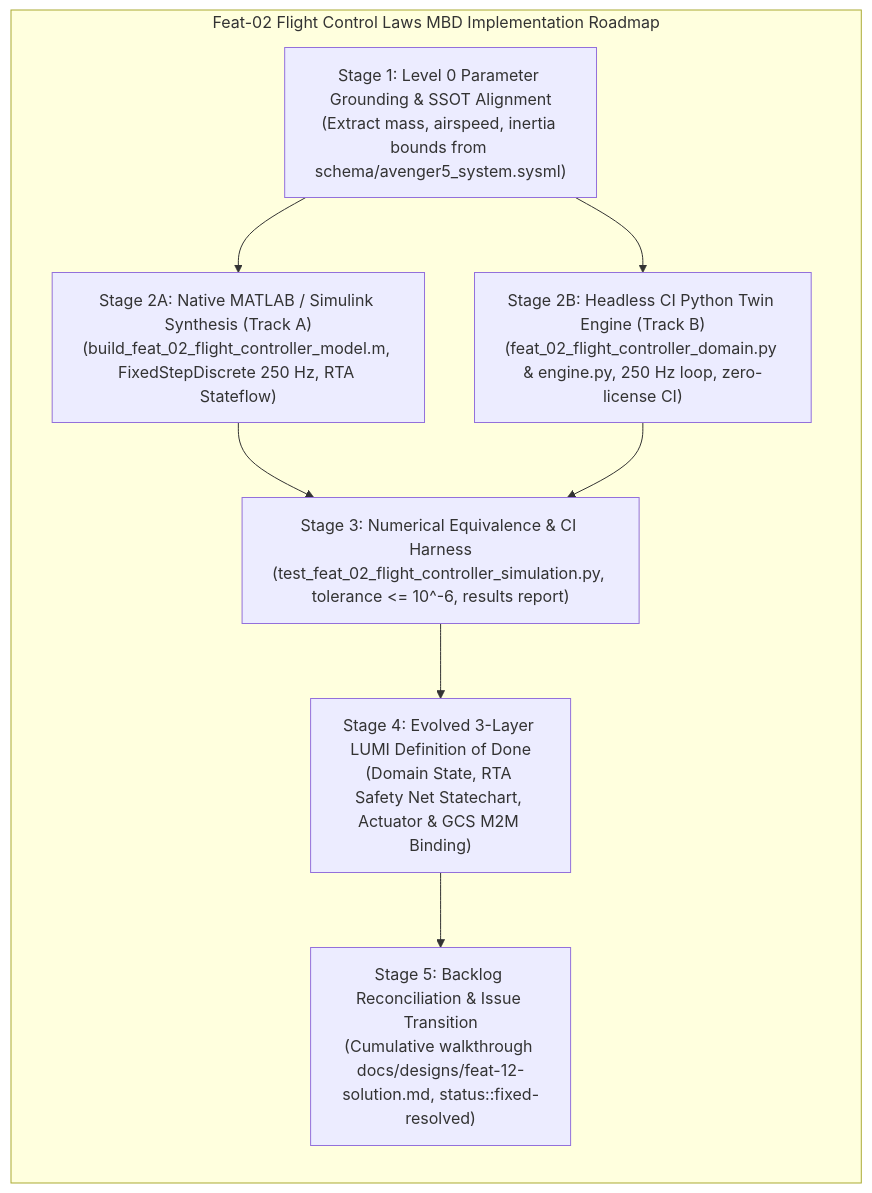
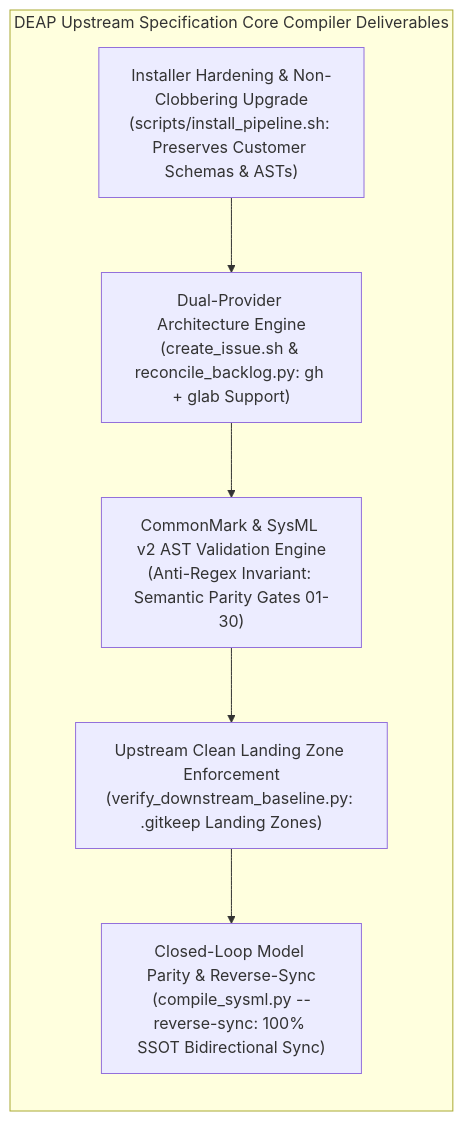
One commit to gintatkinson/DEAP01-spec-core changed the second of 2 diagrams in HANDOFF.md. Above: the diagram before and after it, drawn with Mermaid. The commit also changed other lines of this file and 3 other files, not shown here.

````diff
--- a/HANDOFF.md
+++ b/HANDOFF.md
@@ -195,18 +210,13 @@
 ```mermaid
 flowchart TD
-    subgraph Feat02_Roadmap ["Feat-02 Flight Control Laws MBD Implementation Roadmap"]
+    subgraph Compiler_Deliverables ["DEAP Upstream Specification Core Compiler Deliverables"]
         direction TB
-        S1["Stage 1: Level 0 Parameter Grounding & SSOT Alignment<br/>(Extract mass, airspeed, inertia bounds from schema/avenger5_system.sysml)"]
-        S2["Stage 2A: Native MATLAB / Simulink Synthesis (Track A)<br/>(build_feat_02_flight_controller_model.m, FixedStepDiscrete 250 Hz, RTA Stateflow)"]
-        S2B["Stage 2B: Headless CI Python Twin Engine (Track B)<br/>(feat_02_flight_controller_domain.py & engine.py, 250 Hz loop, zero-license CI)"]
-        S3["Stage 3: Numerical Equivalence & CI Harness<br/>(test_feat_02_flight_controller_simulation.py, tolerance <= 10^-6, results report)"]
-        S4["Stage 4: Evolved 3-Layer LUMI Definition of Done<br/>(Domain State, RTA Safety Net Statechart, Actuator & GCS M2M Binding)"]
-        S5["Stage 5: Backlog Reconciliation & Issue Transition<br/>(Cumulative walkthrough docs/designs/feat-12-solution.md, status::fixed-resolved)"]
+        D1["Installer Hardening & Non-Clobbering Upgrade<br/>(scripts/install_pipeline.sh: Preserves Customer Schemas & ASTs)"]
+        D2["Dual-Provider Architecture Engine<br/>(create_issue.sh & reconcile_backlog.py: gh + glab Support)"]
+        D3["CommonMark & SysML v2 AST Validation Engine<br/>(Anti-Regex Invariant: Semantic Parity Gates 01-30)"]
+        D4["Upstream Clean Landing Zone Enforcement<br/>(verify_downstream_baseline.py: .gitkeep Landing Zones)"]
+        D5["Closed-Loop Model Parity & Reverse-Sync<br/>(compile_sysml.py --reverse-sync: 100% SSOT Bidirectional Sync)"]
 
-        S1 --> S2
-        S1 --> S2B
-        S2 --> S3
-        S2B --> S3
-        S3 --> S4 --> S5
+        D1 --> D2 --> D3 --> D4 --> D5
     end
 ```
````
